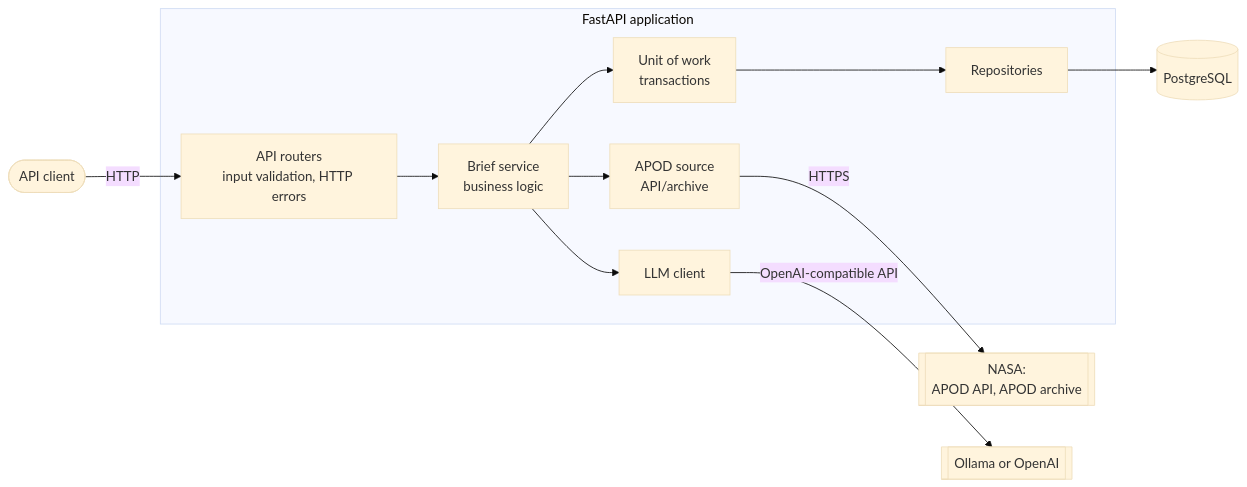
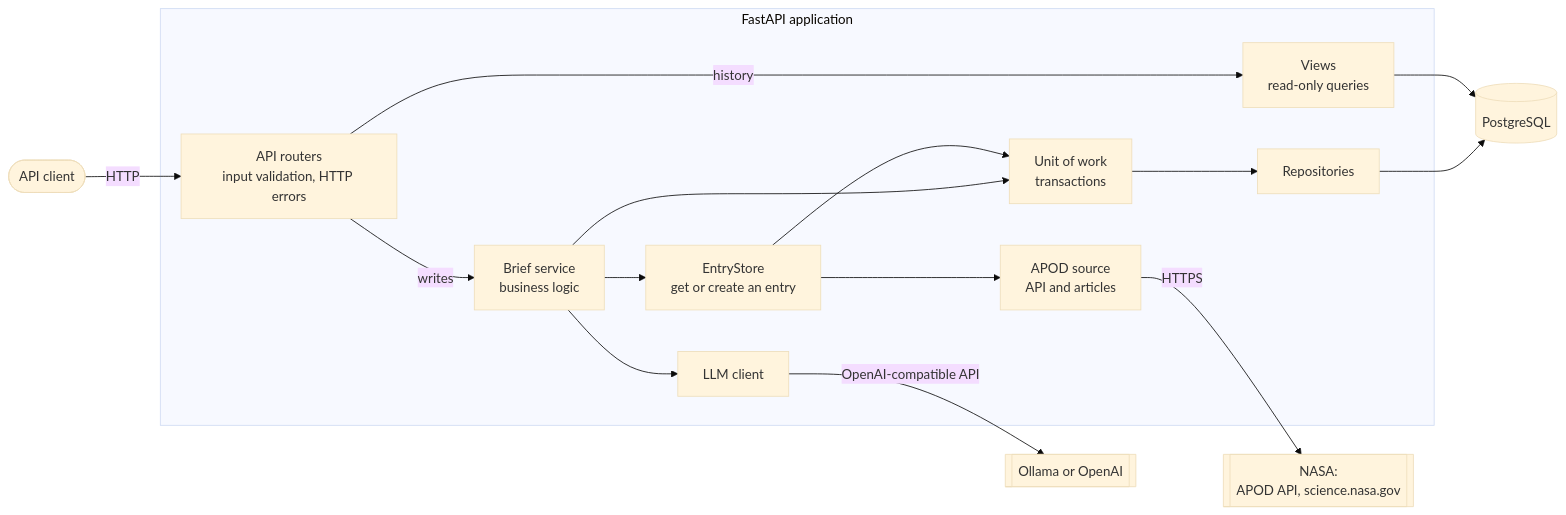
One commit to OstapchukIryna/astronomy-brief changed the first of 3 diagrams in README.md. Above: the diagram before and after it, drawn with Mermaid (base theme). The commit also changed other lines of this file, not shown here.

Commit message:
docs: update the architecture diagrams

````diff
--- a/README.md
+++ b/README.md
@@ -34,22 +34,28 @@
 ```mermaid
 flowchart LR
     user([API client]) -->|HTTP| api
 
     subgraph app [FastAPI application]
         api[API routers<br/>input validation, HTTP errors]
         svc[Brief service<br/>business logic]
+        entries[EntryStore<br/>get or create an entry]
+        views[Views<br/>read-only queries]
         uow[Unit of work<br/>transactions]
         repo[Repositories]
-        apod[APOD source<br/>API/archive]
+        apod[APOD source<br/>API and articles]
         llm[LLM client]
     end
 
-    api --> svc
+    api -->|writes| svc
+    api -->|history| views
+    svc --> entries
     svc --> uow
+    entries --> uow
+    entries --> apod
+    svc --> llm
     uow --> repo
-    svc --> apod
-    svc --> llm
     repo --> db[(PostgreSQL)]
-    apod -->|HTTPS| nasa[[NASA:<br/>APOD API, APOD archive]]
+    views --> db
+    apod -->|HTTPS| nasa[[NASA:<br/>APOD API, science.nasa.gov]]
     llm -->|OpenAI-compatible API| model[[Ollama or OpenAI]]
 ```
````
